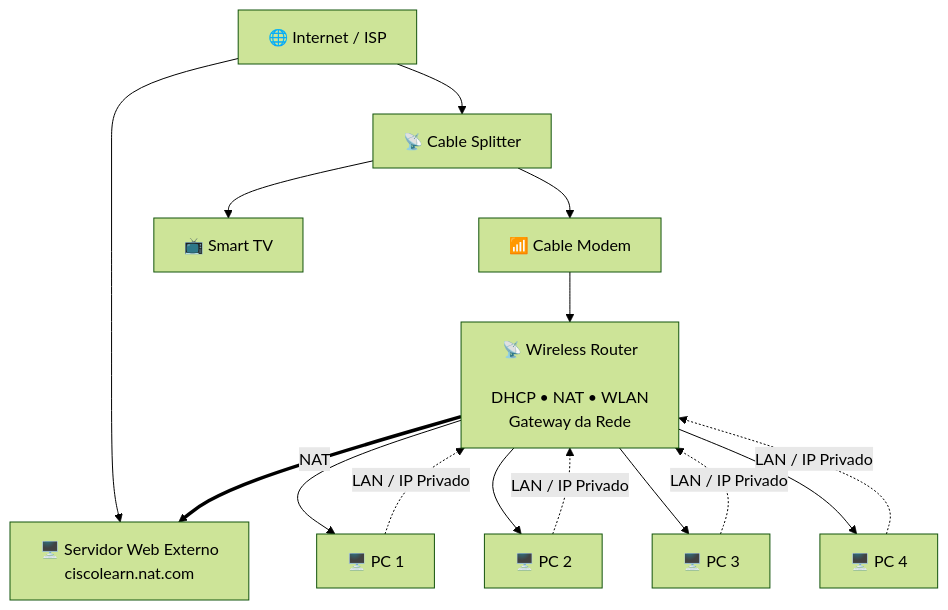
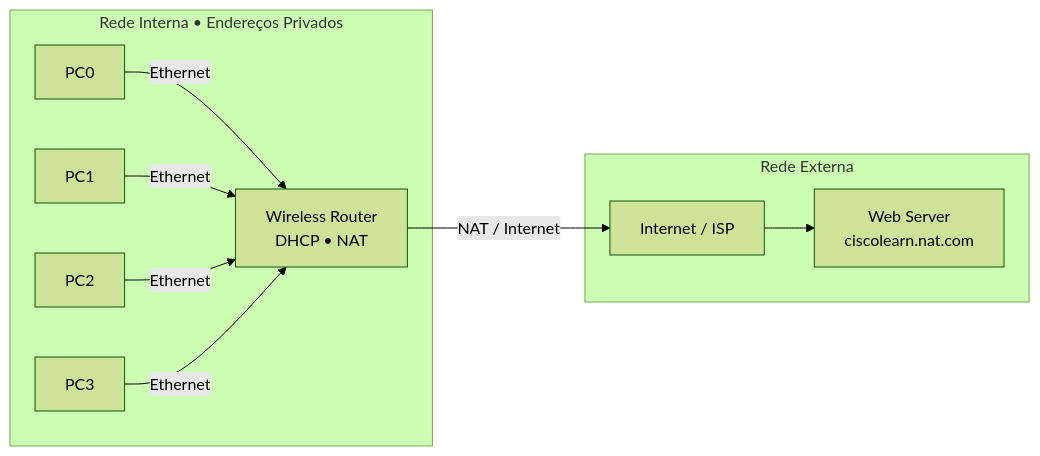
The diagram in README.md (unknown-code7/examine-nat-on-wireless-router), drawn with Mermaid (forest theme) before and after one commit. The commit also changed other lines of this file, not shown here.

First line of the commit message:
Revise README for NAT examination lab

`````diff
--- a/README.md
+++ b/README.md
@@ -61,40 +38,33 @@
 ```mermaid
-flowchart TB
+flowchart LR
+    PC0["PC0"]
+    PC1["PC1"]
+    PC2["PC2"]
+    PC3["PC3"]
 
-    ISP["🌐 Internet / ISP"]
+    WR["Wireless Router<br/>DHCP • NAT"]
 
-    WEB["🖥️ Servidor Web Externo<br/>ciscolearn.nat.com"]
+    ISP["Internet / ISP"]
+    SERVER["Web Server<br/>ciscolearn.nat.com"]
 
-    SPLITTER["📡 Cable Splitter"]
+    PC0 -->|Ethernet| WR
+    PC1 -->|Ethernet| WR
+    PC2 -->|Ethernet| WR
+    PC3 -->|Ethernet| WR
 
-    MODEM["📶 Cable Modem"]
+    WR -->|NAT / Internet| ISP
+    ISP --> SERVER
 
-    TV["📺 Smart TV"]
+    subgraph LAN["Rede Interna • Endereços Privados"]
+        PC0
+        PC1
+        PC2
+        PC3
+        WR
+    end
 
-    ROUTER["📡 Wireless Router<br/><br/>DHCP • NAT • WLAN<br/>Gateway da Rede"]
-
-    PC1["🖥️ PC 1"]
-    PC2["🖥️ PC 2"]
-    PC3["🖥️ PC 3"]
-    PC4["🖥️ PC 4"]
-
-    ISP --> WEB
-    ISP --> SPLITTER
-
-    SPLITTER --> MODEM
-    SPLITTER --> TV
-
-    MODEM --> ROUTER
-
-    ROUTER --> PC1
-    ROUTER --> PC2
-    ROUTER --> PC3
-    ROUTER --> PC4
-
-    PC1 -. "LAN / IP Privado" .-> ROUTER
-    PC2 -. "LAN / IP Privado" .-> ROUTER
-    PC3 -. "LAN / IP Privado" .-> ROUTER
-    PC4 -. "LAN / IP Privado" .-> ROUTER
-
-    ROUTER == "NAT" ==> WEB
+    subgraph WAN["Rede Externa"]
+        ISP
+        SERVER
+    end
 ````
`````
